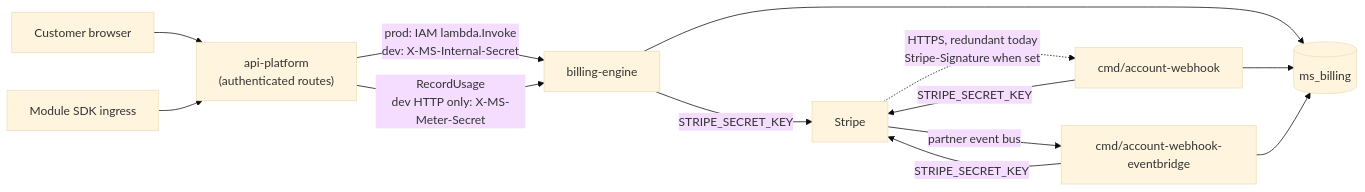
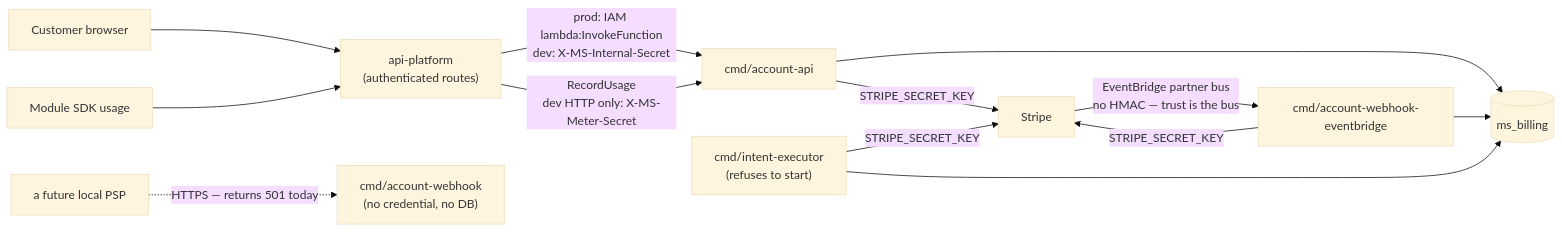
One commit to mirrorstack-ai/billing-engine changed the diagram in README.md. Above: the diagram before and after it, drawn with Mermaid (base theme). The commit also changed other lines of this file and 19 other files, not shown here.

````diff
--- a/README.md
+++ b/README.md
@@ -72,15 +148,15 @@
 ```mermaid
 flowchart LR
     Browser["Customer browser"] --> AP["api-platform<br/>(authenticated routes)"]
-    AP -->|"prod: IAM lambda.Invoke<br/>dev: X-MS-Internal-Secret"| API["billing-engine"]
-    SDK["Module SDK ingress"] --> AP
+    SDK["Module SDK usage"] --> AP
+    AP -->|"prod: IAM lambda:InvokeFunction<br/>dev: X-MS-Internal-Secret"| API["cmd/account-api"]
     AP -->|"RecordUsage<br/>dev HTTP only: X-MS-Meter-Secret"| API
-    Stripe["Stripe"] -->|"partner event bus"| EB["cmd/account-webhook-eventbridge"]
-    Stripe -.->|"HTTPS, redundant today<br/>Stripe-Signature when set"| WH["cmd/account-webhook"]
+    Stripe["Stripe"] -->|"EventBridge partner bus<br/>no HMAC — trust is the bus"| EB["cmd/account-webhook-eventbridge"]
+    PSP["a future local PSP"] -.->|"HTTPS — returns 501 today"| WH["cmd/account-webhook<br/>(no credential, no DB)"]
     API --> DB[("ms_billing")]
-    WH --> DB
     EB --> DB
+    EX["cmd/intent-executor<br/>(refuses to start)"] --> DB
     API -->|"STRIPE_SECRET_KEY"| Stripe
-    WH -->|"STRIPE_SECRET_KEY"| Stripe
     EB -->|"STRIPE_SECRET_KEY"| Stripe
+    EX -->|"STRIPE_SECRET_KEY"| Stripe
 ```
````
